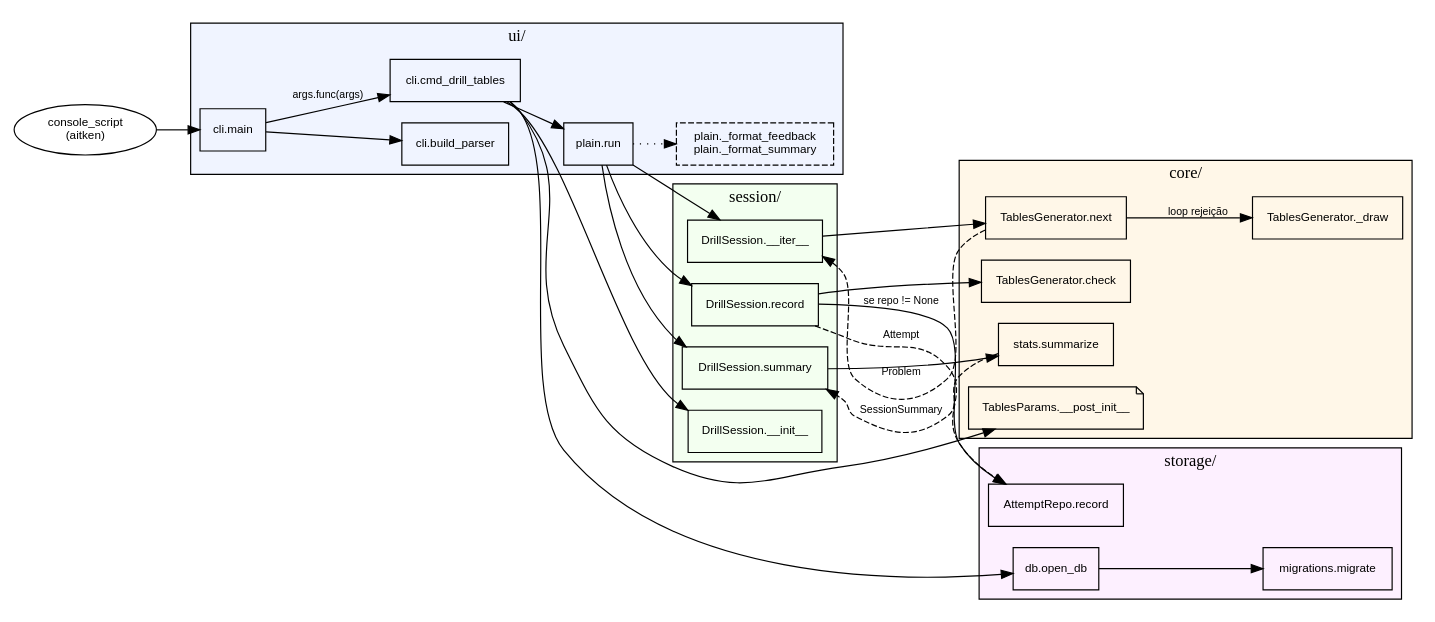
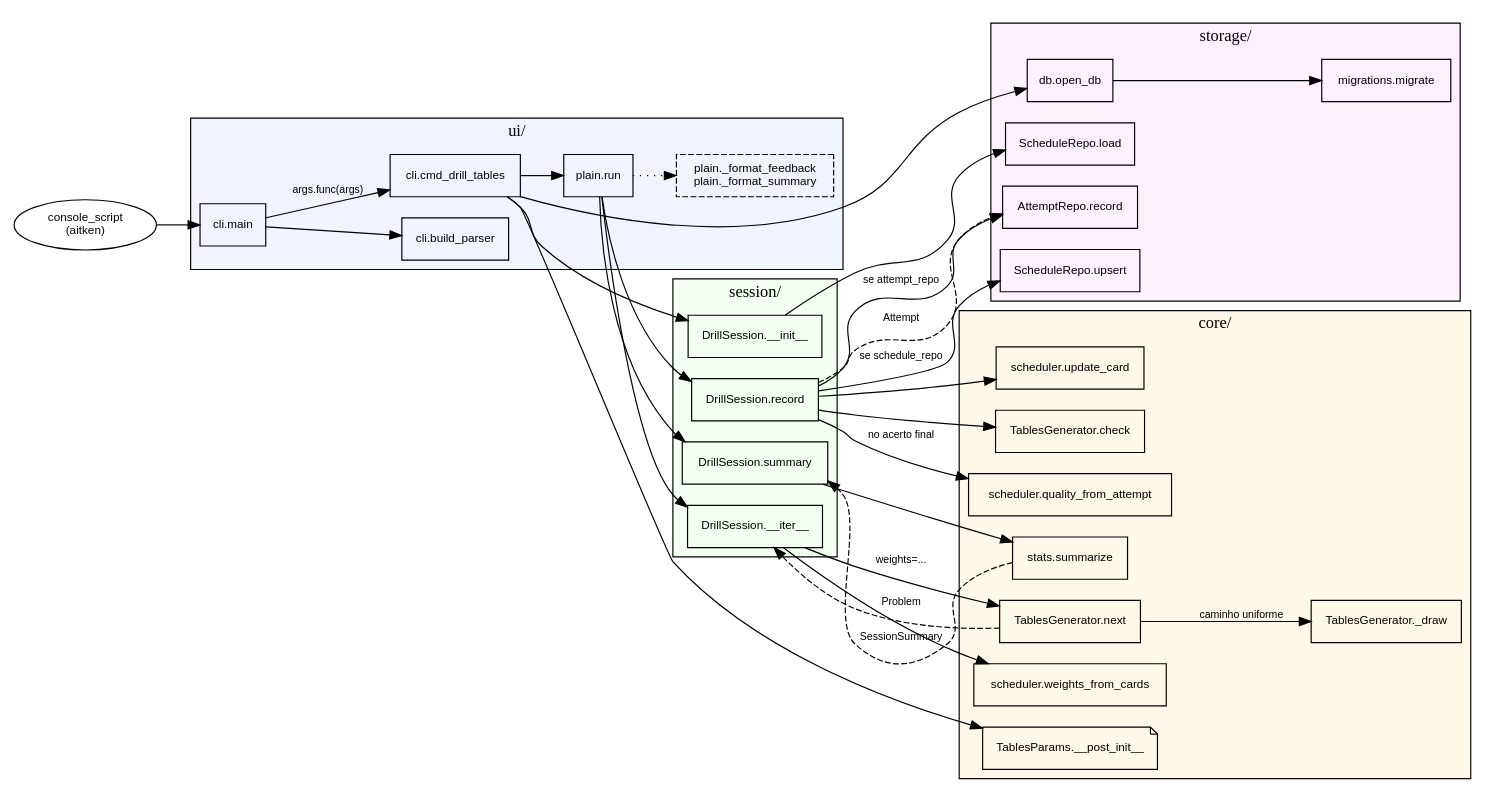
Before and after one commit to pedro-volpi/aitken: the diagram in README.md, drawn with Graphviz. The commit also changed other lines of this file and 13 other files, not shown here.

````diff
--- a/README.md
+++ b/README.md
@@ -138,67 +136,77 @@
 ```dot
 digraph aitken_call_chain {
   rankdir=LR;
   node [shape=box, fontname="Helvetica", fontsize=10];
   edge [fontname="Helvetica", fontsize=9];
 
   entry [label="console_script\n(aitken)", shape=oval];
 
   subgraph cluster_ui {
     label="ui/"; style=filled; fillcolor="#f0f4ff";
     cli_main        [label="cli.main"];
     cli_build       [label="cli.build_parser"];
     cli_cmd_tables  [label="cli.cmd_drill_tables"];
     plain_run       [label="plain.run"];
     plain_fmt       [label="plain._format_feedback\nplain._format_summary", style=dashed];
   }
 
   subgraph cluster_session {
     label="session/"; style=filled; fillcolor="#f3fff0";
     drill_init   [label="DrillSession.__init__"];
     drill_iter   [label="DrillSession.__iter__"];
     drill_record [label="DrillSession.record"];
     drill_sum    [label="DrillSession.summary"];
   }
 
   subgraph cluster_core {
     label="core/"; style=filled; fillcolor="#fff7e8";
-    gen_next   [label="TablesGenerator.next"];
-    gen_draw   [label="TablesGenerator._draw"];
-    gen_check  [label="TablesGenerator.check"];
-    stats_sum  [label="stats.summarize"];
-    params     [label="TablesParams.__post_init__", shape=note];
+    gen_next       [label="TablesGenerator.next"];
+    gen_draw       [label="TablesGenerator._draw"];
+    gen_check      [label="TablesGenerator.check"];
+    stats_sum      [label="stats.summarize"];
+    params         [label="TablesParams.__post_init__", shape=note];
+    sched_weights  [label="scheduler.weights_from_cards"];
+    sched_quality  [label="scheduler.quality_from_attempt"];
+    sched_update   [label="scheduler.update_card"];
   }
 
   subgraph cluster_storage {
     label="storage/"; style=filled; fillcolor="#fdf0ff";
-    open_db  [label="db.open_db"];
-    migrate  [label="migrations.migrate"];
-    repo_rec [label="AttemptRepo.record"];
+    open_db       [label="db.open_db"];
+    migrate       [label="migrations.migrate"];
+    attempt_rec   [label="AttemptRepo.record"];
+    sched_load    [label="ScheduleRepo.load"];
+    sched_upsert  [label="ScheduleRepo.upsert"];
   }
 
   entry          -> cli_main;
   cli_main       -> cli_build;
   cli_main       -> cli_cmd_tables  [label="args.func(args)"];
   cli_cmd_tables -> params;
   cli_cmd_tables -> open_db;
   open_db        -> migrate;
   cli_cmd_tables -> drill_init;
+  drill_init     -> sched_load;
   cli_cmd_tables -> plain_run;
 
   plain_run      -> drill_iter;
-  drill_iter     -> gen_next;
-  gen_next       -> gen_draw        [label="loop rejeição"];
+  drill_iter     -> sched_weights;
+  drill_iter     -> gen_next        [label="weights=..."];
+  gen_next       -> gen_draw        [label="caminho uniforme"];
 
   plain_run      -> drill_record;
   drill_record   -> gen_check;
-  drill_record   -> repo_rec        [label="se repo != None"];
+  drill_record   -> attempt_rec     [label="se attempt_repo"];
+  drill_record   -> sched_quality   [label="no acerto final"];
+  drill_record   -> sched_update;
+  drill_record   -> sched_upsert    [label="se schedule_repo"];
 
   plain_run      -> drill_sum;
   drill_sum      -> stats_sum;
   plain_run      -> plain_fmt       [style=dotted];
 
   gen_next       -> drill_iter      [label="Problem",        style=dashed, constraint=false];
-  drill_record   -> repo_rec        [label="Attempt",        style=dashed, constraint=false];
+  drill_record   -> attempt_rec     [label="Attempt",        style=dashed, constraint=false];
   stats_sum      -> drill_sum       [label="SessionSummary", style=dashed, constraint=false];
 }
 ```
````
